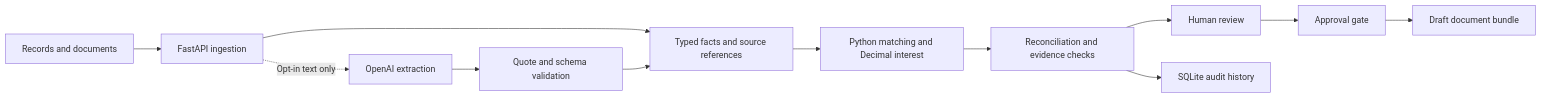
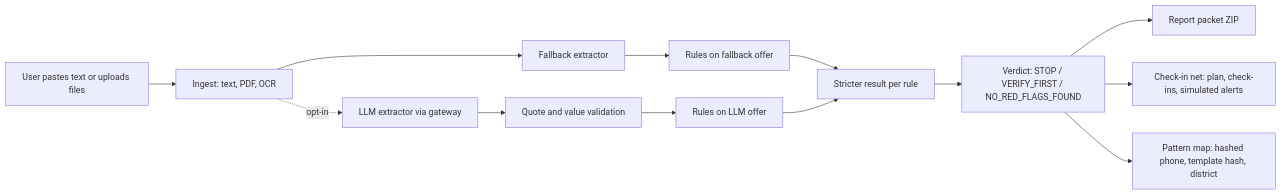
The diagram in docs/ARCHITECTURE.md (Sandesh13fr/saavdhan), drawn with Mermaid before and after one commit. The commit also changed other lines of this file and 17 other files, not shown here.

````diff
--- a/docs/ARCHITECTURE.md
+++ b/docs/ARCHITECTURE.md
@@ -5,14 +25,15 @@
 ```mermaid
 flowchart LR
-    A[Records and documents] --> B[FastAPI ingestion]
-    B --> C[Typed facts and source references]
-    B -. Opt-in text only .-> M[OpenAI extraction]
-    M --> V[Quote and schema validation]
-    V --> C
-    C --> D[Python matching and Decimal interest]
-    D --> E[Reconciliation and evidence checks]
-    E --> F[Human review]
-    F --> G[Approval gate]
-    G --> H[Draft document bundle]
-    E --> I[SQLite audit history]
+    U[User pastes text or uploads files] --> IN[Ingest: text, PDF, OCR]
+    IN --> FB[Fallback extractor]
+    IN -. opt-in .-> LLM[LLM extractor via gateway]
+    LLM --> QV[Quote and value validation]
+    FB --> RF[Rules on fallback offer]
+    QV --> RL[Rules on LLM offer]
+    RF --> M[Stricter result per rule]
+    RL --> M
+    M --> V[Verdict: STOP / VERIFY_FIRST / NO_RED_FLAGS_FOUND]
+    V --> P[Report packet ZIP]
+    V --> CN[Check-in net: plan, check-ins, simulated alerts]
+    V --> PM[Pattern map: hashed phone, template hash, district]
 ```
````
